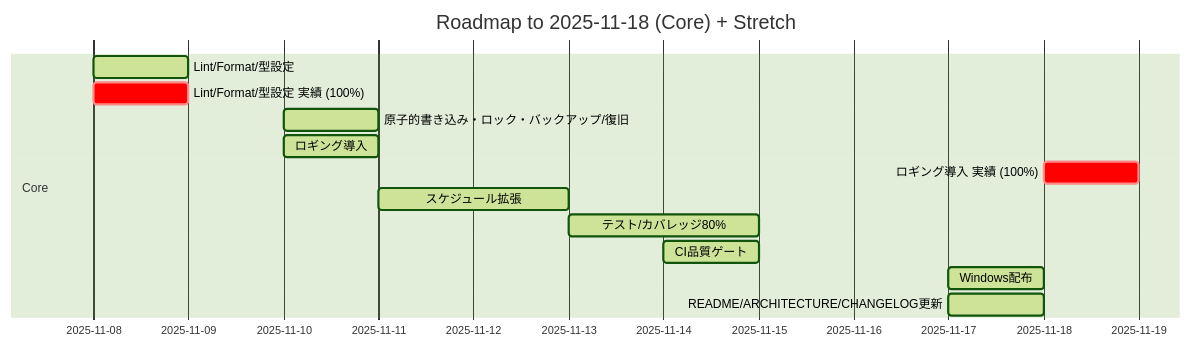
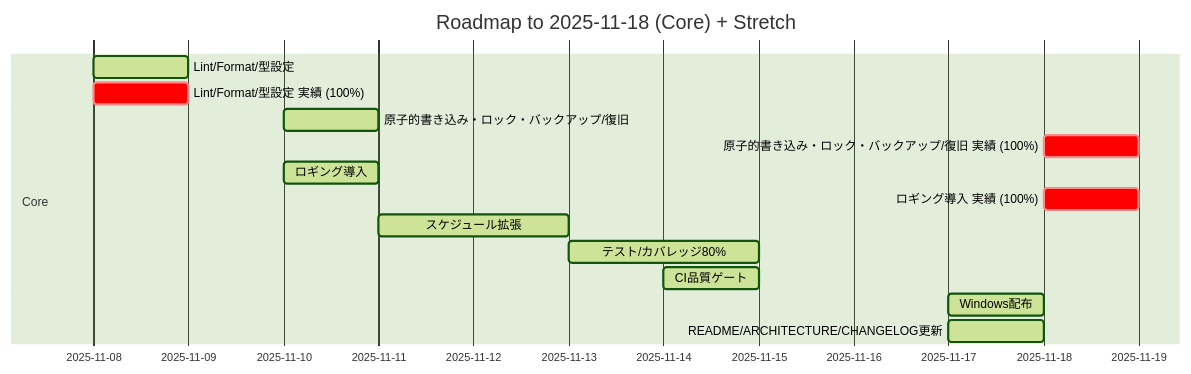
One commit to takenet193/task-reminder-tool changed the diagram in docs/ROADMAP.md. Above: the diagram before and after it, drawn with Mermaid (forest theme). The commit also changed other lines of this file and 1 other file, not shown here.

First line of the commit message:
docs(io-safety): plan.jsonとROADMAP.mdを更新

````diff
--- a/docs/ROADMAP.md
+++ b/docs/ROADMAP.md
@@ -37,24 +37,25 @@
 ```mermaid
 gantt
   dateFormat  YYYY-MM-DD
   title Roadmap to 2025-11-18 (Core) + Stretch
   section Core
   Lint/Format/型設定  :active, 2025-11-08, 1.0d
   Lint/Format/型設定 実績 (100%)  :crit, 2025-11-08, 1.0d
   原子的書き込み・ロック・バックアップ/復旧  :active, 2025-11-10, 1.0d
+  原子的書き込み・ロック・バックアップ/復旧 実績 (100%)  :crit, 2025-11-18, 1.0d
   ロギング導入  :active, 2025-11-10, 1.0d
   ロギング導入 実績 (100%)  :crit, 2025-11-18, 1.0d
   スケジュール拡張  :active, 2025-11-11, 2.0d
   テスト/カバレッジ80%  :active, 2025-11-13, 2.0d
   CI品質ゲート  :active, 2025-11-14, 1.0d
   Windows配布  :active, 2025-11-17, 1.0d
   README/ARCHITECTURE/CHANGELOG更新  :active, 2025-11-17, 1.0d
   section Stretch
   %% スケジュールUI (日付未定)
   %% 通知ディスパッチ (日付未定)
   %% Win/Mac表示差異吸収 (日付未定)
   %% macOS配布 (日付未定)
   %% MCP自動化 (日付未定)
   %% デモGIF作成 (日付未定)
   %% アーキ図/通知シーケンス図 (日付未定)
 ```
````
